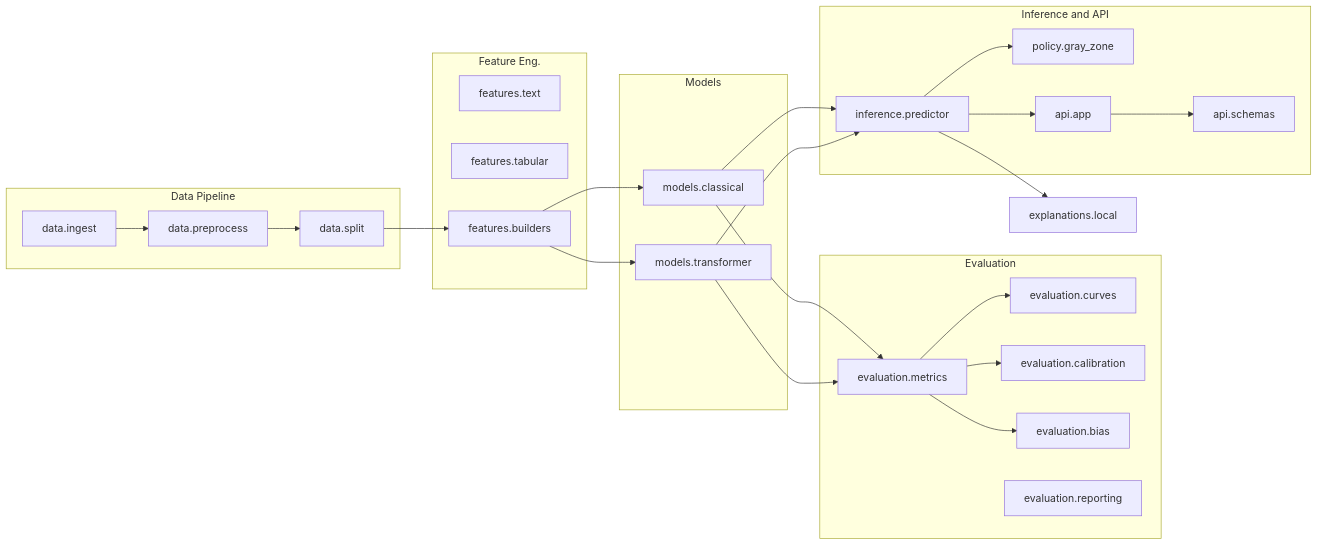
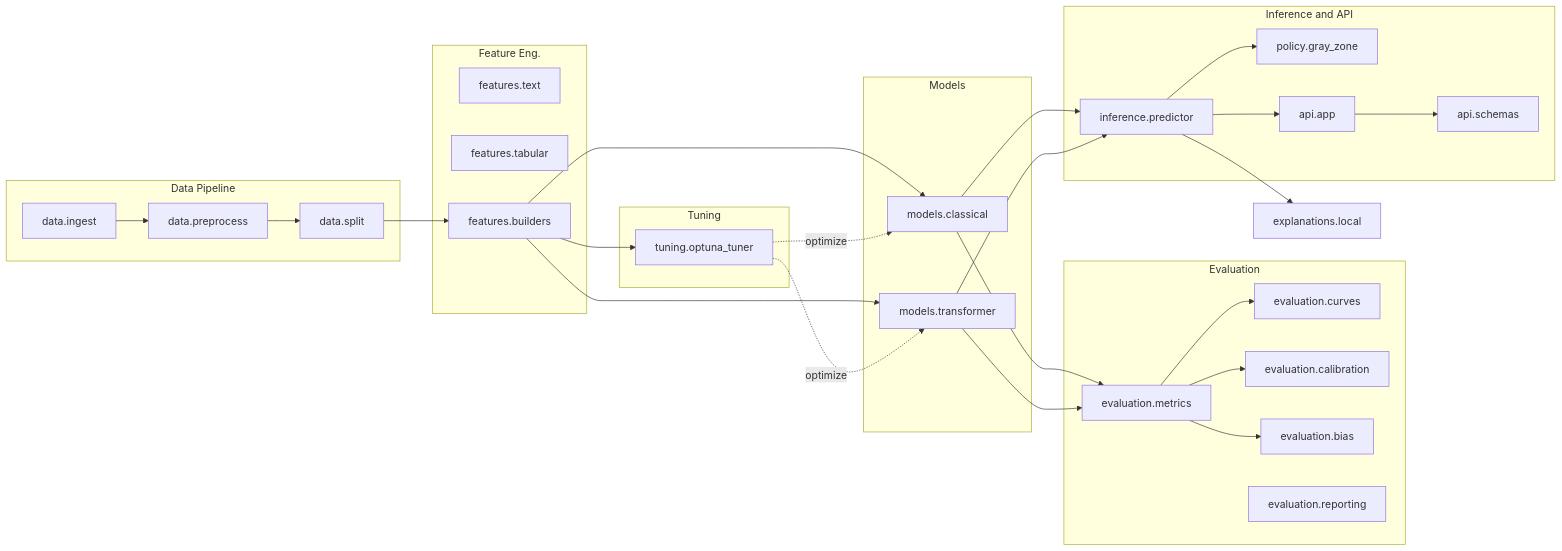
One commit to hoangsonww/Spot-the-Scam-AI-Job-Fraud changed the second of 6 diagrams in ARCHITECTURE.md. Above: the diagram before and after it, drawn with Mermaid. The commit also changed other lines of this file and 36 other files, not shown here.

Commit message:
feat: integrate Optuna for hyperparameter tuning and enhance documentation

````diff
--- a/ARCHITECTURE.md
+++ b/ARCHITECTURE.md
@@ -61,45 +62,51 @@
 ```mermaid
 graph LR
     subgraph Data Pipeline
         D1[data.ingest]
         D2[data.preprocess]
         D3[data.split]
     end
     subgraph Feature Eng.
         F1[features.text]
         F2[features.tabular]
         F3[features.builders]
     end
     subgraph Models
         M1[models.classical]
         M2[models.transformer]
+    end
+    subgraph Tuning
+        T1[tuning.optuna_tuner]
     end
     subgraph Evaluation
         E1[evaluation.metrics]
         E2[evaluation.curves]
         E3[evaluation.calibration]
         E4[evaluation.bias]
         E5[evaluation.reporting]
     end
     subgraph Inference and API
         I1[inference.predictor]
         I2[policy.gray_zone]
         I3[api.schemas]
         I4[api.app]
     end
 
     D1 --> D2 --> D3 --> F3
     F3 --> M1
     F3 --> M2
+    F3 --> T1
+    T1 -.optimize.-> M1
+    T1 -.optimize.-> M2
     M1 --> E1
     M2 --> E1
     E1 --> E2
     E1 --> E3
     E1 --> E4
     M1 --> I1
     M2 --> I1
     I1 --> I2
     I1 --> I4
     I4 --> I3
     I1 --> I5[explanations.local]
 ```
````
